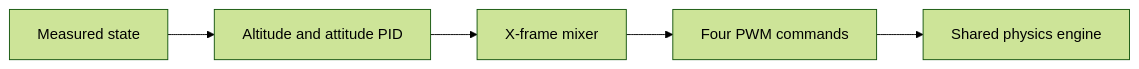
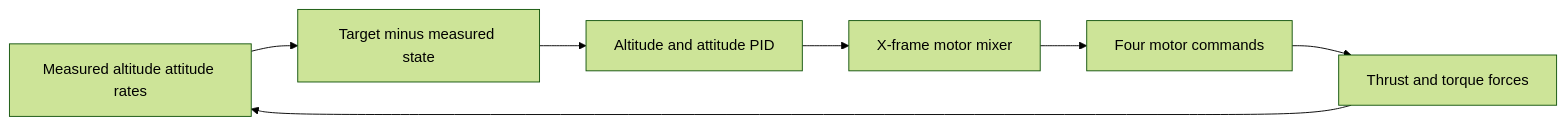
Before and after one commit to amire2000/drone-physics-and-simulation-course: the diagram in docs/modules/06-autonomous-hover/11-control-and-mixing/index.md, drawn with Mermaid (forest theme). The commit also changed other lines of this file and 13 other files, not shown here.

````diff
--- a/docs/modules/06-autonomous-hover/11-control-and-mixing/index.md
+++ b/docs/modules/06-autonomous-hover/11-control-and-mixing/index.md
@@ -9,7 +14,9 @@
 ```mermaid
 flowchart LR
-    state[Measured state] --> pid[Altitude and attitude PID]
-    pid --> mixer[X-frame mixer]
-    mixer --> pwm[Four PWM commands]
-    pwm --> engine[Shared physics engine]
+    state[Measured altitude attitude rates] --> errors[Target minus measured state]
+    errors --> pid[Altitude and attitude PID]
+    pid --> mix[X-frame motor mixer]
+    mix --> pwm[Four motor commands]
+    pwm --> forces[Thrust and torque forces]
+    forces --> state
 ```
````
